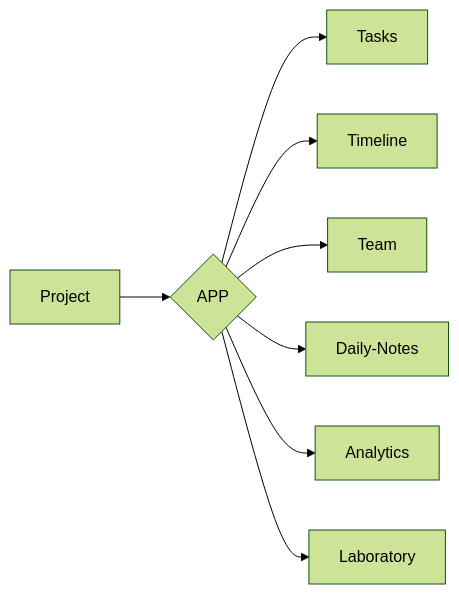
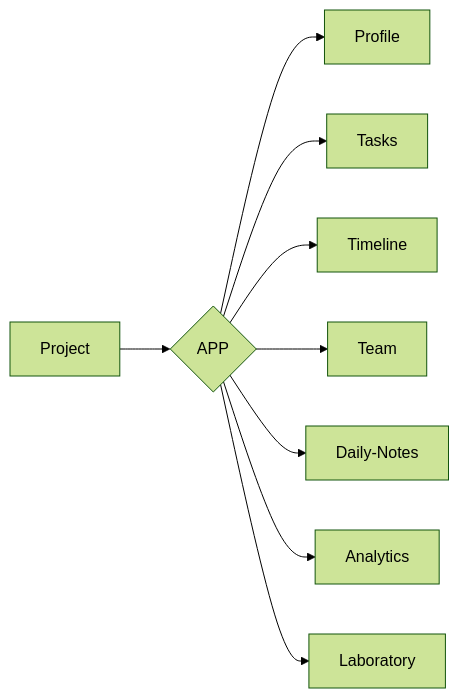
The diagram in readme.md (SauloCandeira/testes), drawn with Mermaid (forest theme) before and after one commit.

````diff
--- a/readme.md
+++ b/readme.md
@@ -20,14 +20,15 @@
 ```mermaid
 flowchart LR
 
 B[Project]
 
 B --> C{APP}
+C --> P[Profile]
 C --> J[Tasks]
 C --> K[Timeline]
 C --> L[Team]
 C --> M[Daily-Notes]
 C --> N[Analytics]
 C --> O[Laboratory]
 
 ```
````
